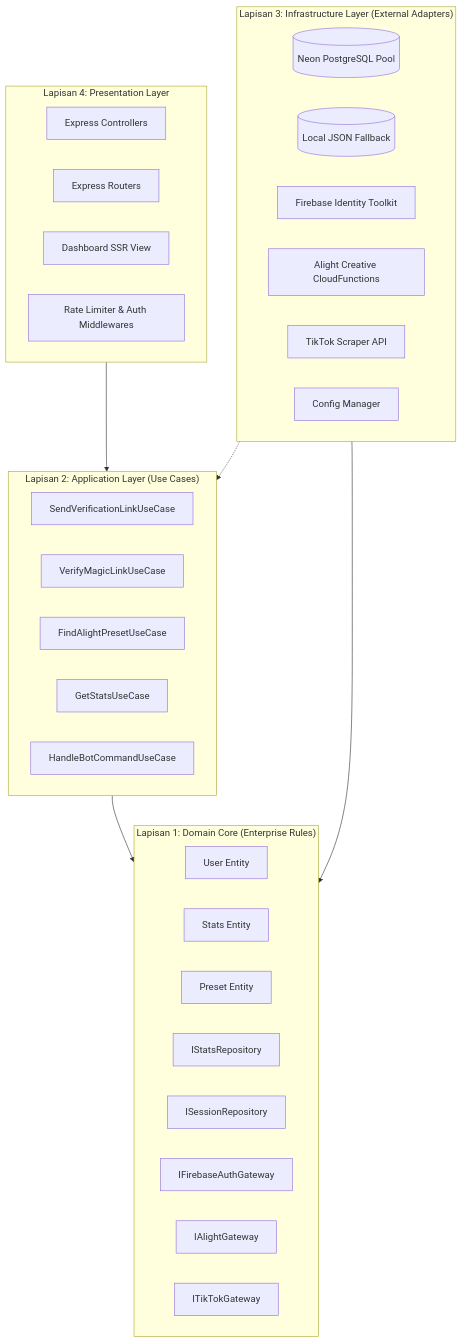
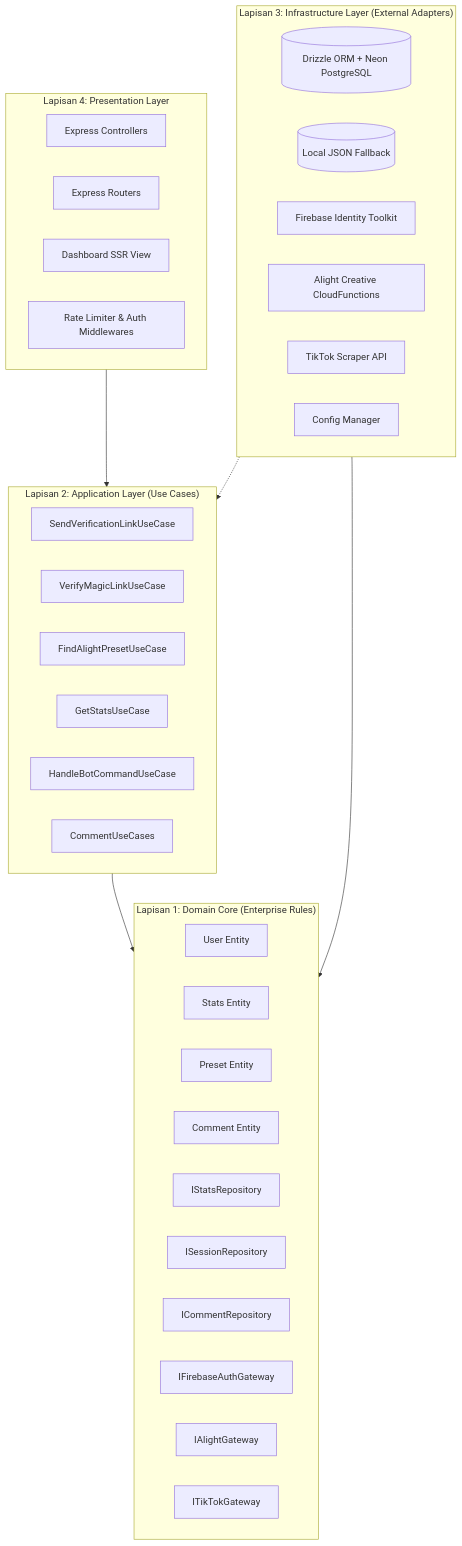
One commit to Justdhif/am_prem-api changed the diagram in README.md. Above: the diagram before and after it, drawn with Mermaid. The commit also changed other lines of this file, not shown here.

Commit message:
docs: update README.md with dual-tab playground, Drizzle ORM, TikTok comments, and SSR stats

````diff
--- a/README.md
+++ b/README.md
@@ -71,42 +74,45 @@
 ```mermaid
 graph TD
   subgraph Presentation ["Lapisan 4: Presentation Layer"]
     C[Express Controllers]
     R[Express Routers]
     V[Dashboard SSR View]
     M[Rate Limiter & Auth Middlewares]
   end
 
   subgraph Application ["Lapisan 2: Application Layer (Use Cases)"]
     UC1[SendVerificationLinkUseCase]
     UC2[VerifyMagicLinkUseCase]
     UC3[FindAlightPresetUseCase]
     UC4[GetStatsUseCase]
     UC5[HandleBotCommandUseCase]
+    UC6[CommentUseCases]
   end
 
   subgraph Domain ["Lapisan 1: Domain Core (Enterprise Rules)"]
     E1[User Entity]
     E2[Stats Entity]
     E3[Preset Entity]
+    E4[Comment Entity]
     IR1[IStatsRepository]
     IR2[ISessionRepository]
+    IR3[ICommentRepository]
     IG1[IFirebaseAuthGateway]
     IG2[IAlightGateway]
     IG3[ITikTokGateway]
   end
 
   subgraph Infrastructure ["Lapisan 3: Infrastructure Layer (External Adapters)"]
-    DB[(Neon PostgreSQL Pool)]
+    DB[(Drizzle ORM + Neon PostgreSQL)]
     FS[(Local JSON Fallback)]
     EXT1[Firebase Identity Toolkit]
     EXT2[Alight Creative CloudFunctions]
     EXT3[TikTok Scraper API]
     CFG[Config Manager]
   end
 
   Presentation --> Application
   Application --> Domain
   Infrastructure --> Domain
   Infrastructure -.-> Application
 ```
````
